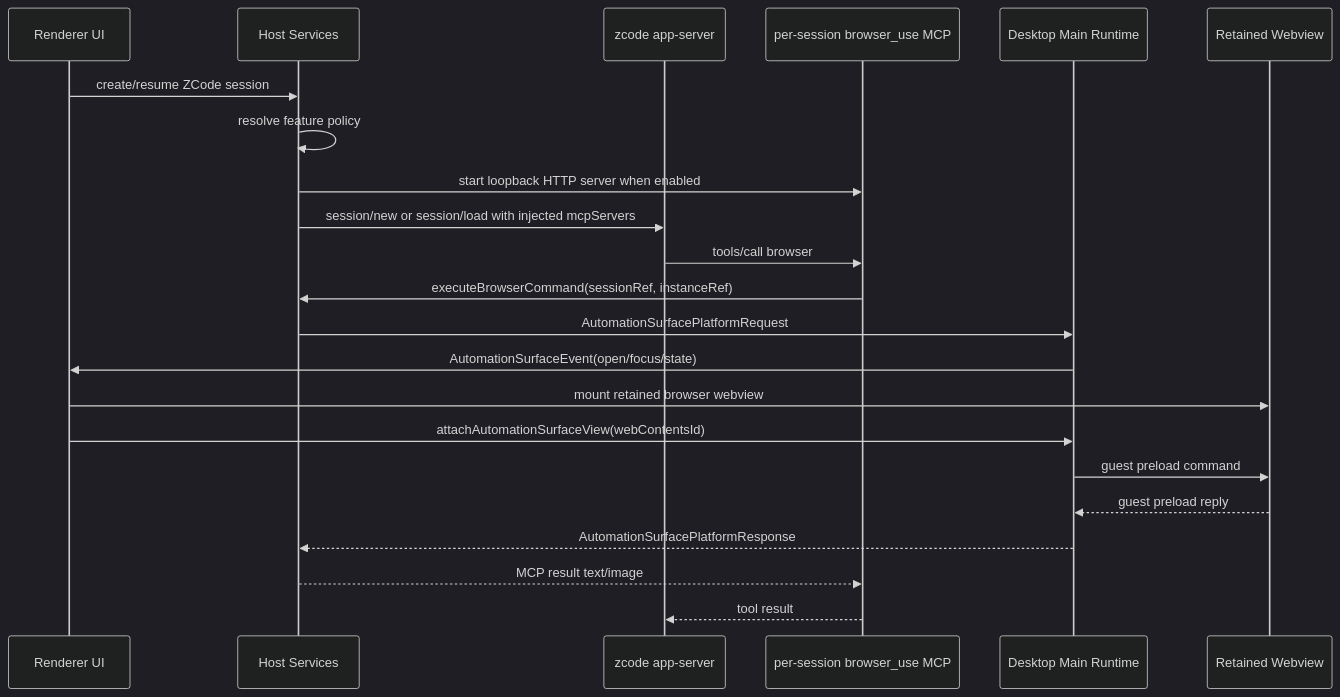
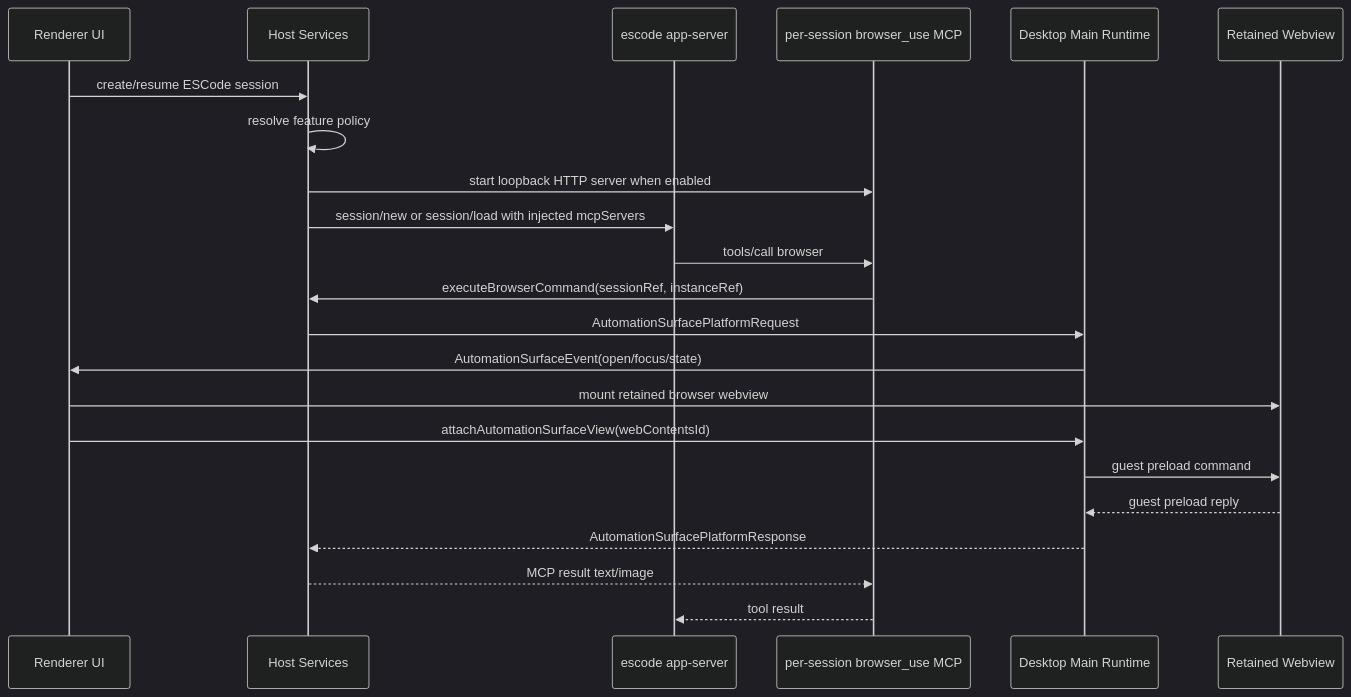
One commit to sekfung/ESCode changed the diagram in docs/plans/browser-use/2026-06-05-browser-use-mcp-integration-plan.md. Above: the diagram before and after it, drawn with Mermaid (dark theme). The commit also changed other lines of this file and 14315 other files, not shown here.

````diff
--- a/docs/plans/browser-use/2026-06-05-browser-use-mcp-integration-plan.md
+++ b/docs/plans/browser-use/2026-06-05-browser-use-mcp-integration-plan.md
@@ -1419,25 +1419,25 @@
 ```mermaid
 sequenceDiagram
   participant UI as Renderer UI
   participant Host as Host Services
-  participant Agent as zcode app-server
+  participant Agent as escode app-server
   participant MCP as per-session browser_use MCP
   participant Main as Desktop Main Runtime
   participant View as Retained Webview
 
-  UI->>Host: create/resume ZCode session
+  UI->>Host: create/resume ESCode session
   Host->>Host: resolve feature policy
   Host->>MCP: start loopback HTTP server when enabled
   Host->>Agent: session/new or session/load with injected mcpServers
   Agent->>MCP: tools/call browser
   MCP->>Host: executeBrowserCommand(sessionRef, instanceRef)
   Host->>Main: AutomationSurfacePlatformRequest
   Main->>UI: AutomationSurfaceEvent(open/focus/state)
   UI->>View: mount retained browser webview
   UI->>Main: attachAutomationSurfaceView(webContentsId)
   Main->>View: guest preload command
   View-->>Main: guest preload reply
   Main-->>Host: AutomationSurfacePlatformResponse
   Host-->>MCP: MCP result text/image
   MCP-->>Agent: tool result
 ```
````
